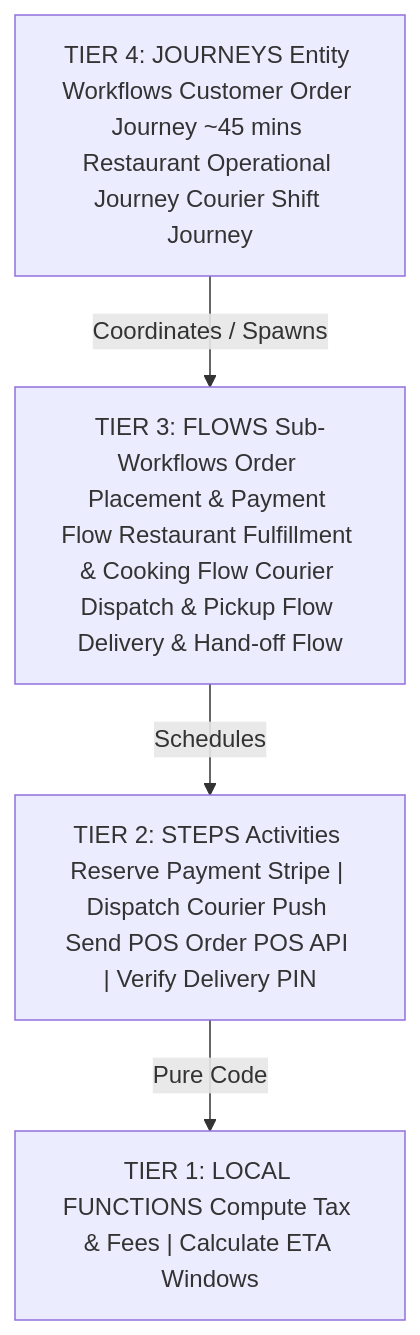
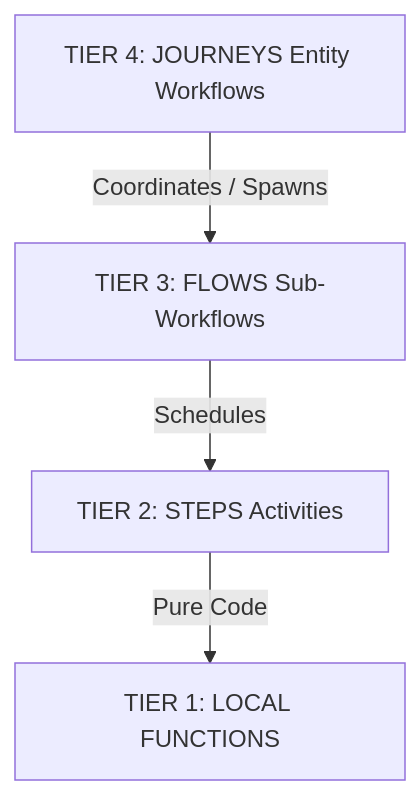
Diagram 15 of 19 in blog/astro/src/content/docs/uber-architecture.md (Chandra179/atlas), drawn with Mermaid before and after one commit. The commit also changed other lines of this file and 20 other files, not shown here.

````diff
--- a/blog/astro/src/content/docs/uber-architecture.md
+++ b/blog/astro/src/content/docs/uber-architecture.md
@@ -811,10 +809,10 @@
 ```mermaid
 graph TB
-    T4["TIER 4: JOURNEYS Entity Workflows Customer Order Journey ~45 mins Restaurant Operational Journey Courier Shift Journey"]
-    T3["TIER 3: FLOWS Sub-Workflows Order Placement & Payment Flow Restaurant Fulfillment & Cooking Flow Courier Dispatch & Pickup Flow Delivery & Hand-off Flow"]
-    T2["TIER 2: STEPS Activities Reserve Payment Stripe | Dispatch Courier Push Send POS Order POS API | Verify Delivery PIN"]
-    T1["TIER 1: LOCAL FUNCTIONS Compute Tax & Fees | Calculate ETA Windows"]
+    T4["TIER 4: JOURNEYS Entity Workflows"]
+    T3["TIER 3: FLOWS Sub-Workflows"]
+    T2["TIER 2: STEPS Activities"]
+    T1["TIER 1: LOCAL FUNCTIONS"]
     T4 -->|Coordinates / Spawns| T3
     T3 -->|Schedules| T2
     T2 -->|Pure Code| T1
 ```
````
